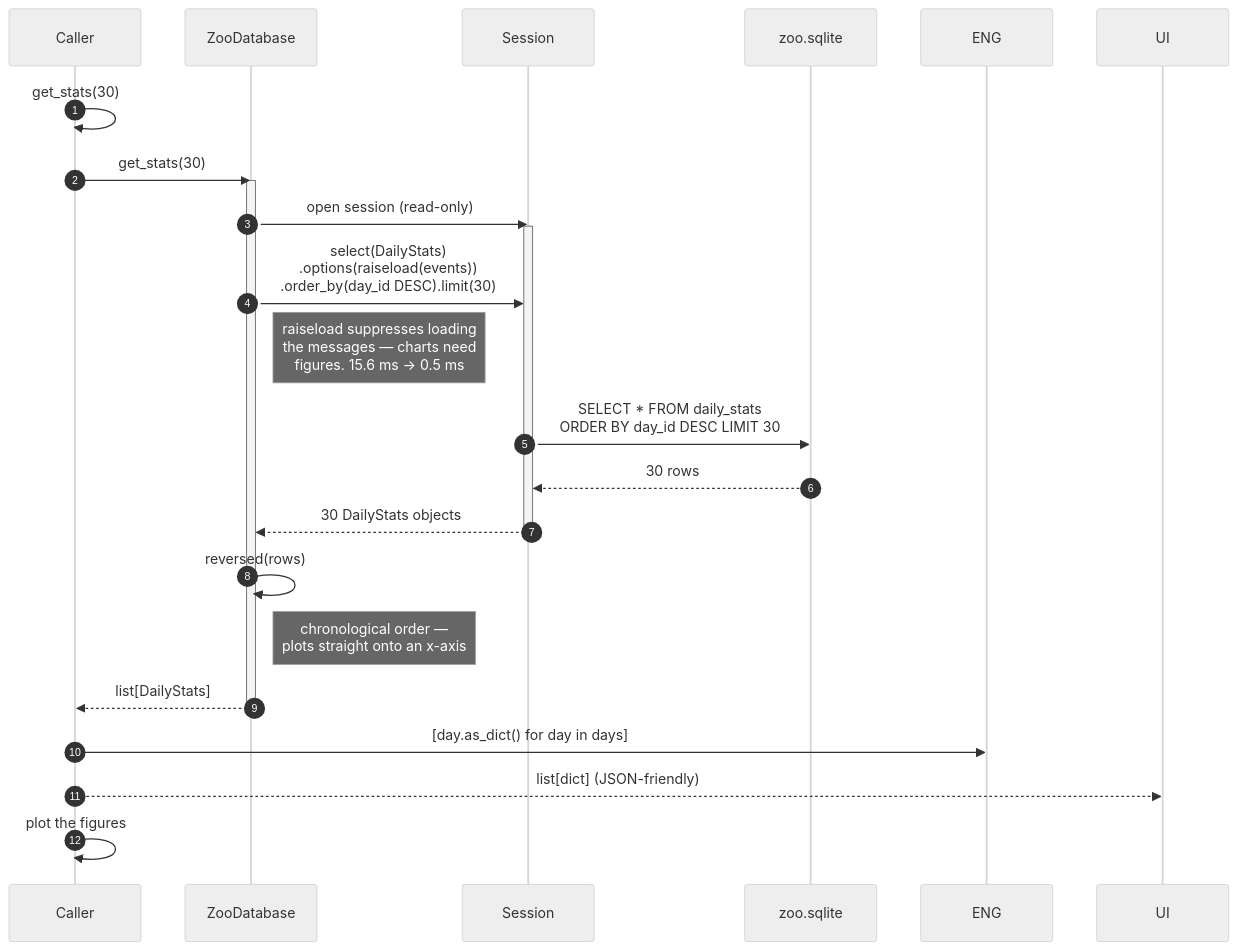
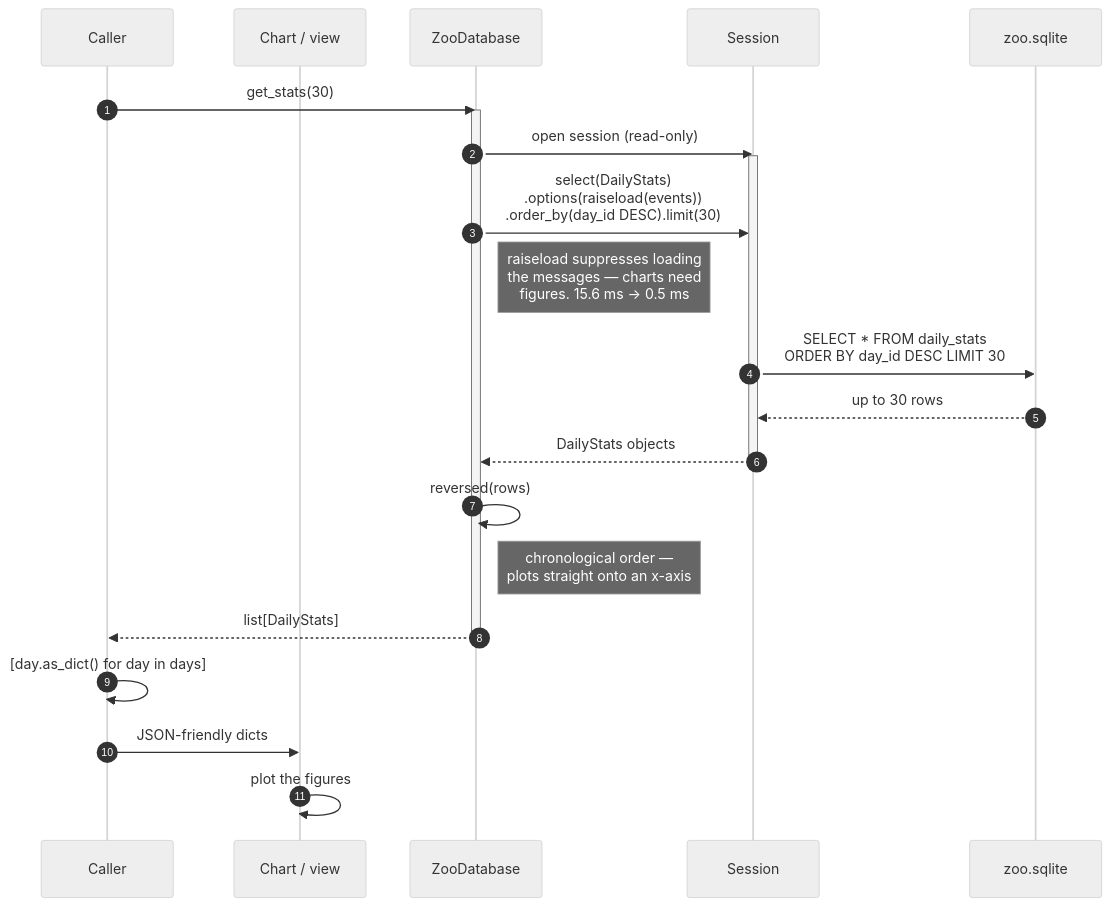
Before and after one commit to justforaprogramm/vivizoo: the third of 6 diagrams in db/docs/uml_sequence_diagrams.md, drawn with Mermaid (neutral theme). The commit also changed other lines of this file and 32 other files, not shown here.

````diff
--- a/db/docs/uml_sequence_diagrams.md
+++ b/db/docs/uml_sequence_diagrams.md
@@ -75,33 +161,32 @@
 ```mermaid
 sequenceDiagram
     autonumber
     participant APP as Caller
+    participant UI as Chart / view
     participant PER as ZooDatabase
     participant SES as Session
     participant DB as zoo.sqlite
 
-    APP->>APP: get_stats(30)
     APP->>PER: get_stats(30)
     activate PER
 
     PER->>SES: open session (read-only)
     activate SES
     PER->>SES: select(DailyStats)<br/>.options(raiseload(events))<br/>.order_by(day_id DESC).limit(30)
     Note right of PER: raiseload suppresses loading<br/>the messages — charts need<br/>figures. 15.6 ms -> 0.5 ms
 
     SES->>DB: SELECT * FROM daily_stats<br/>ORDER BY day_id DESC LIMIT 30
-    DB-->>SES: 30 rows
-    SES-->>PER: 30 DailyStats objects
+    DB-->>SES: up to 30 rows
+    SES-->>PER: DailyStats objects
     deactivate SES
 
     PER->>PER: reversed(rows)
     Note right of PER: chronological order —<br/>plots straight onto an x-axis
 
     PER-->>APP: list[DailyStats]
     deactivate PER
 
-    APP->>ENG: [day.as_dict() for day in days]
-    APP-->>UI: list[dict] (JSON-friendly)
-
-    APP->>APP: plot the figures
+    APP->>APP: [day.as_dict() for day in days]
+    APP->>UI: JSON-friendly dicts
+    UI->>UI: plot the figures
 ```
````
